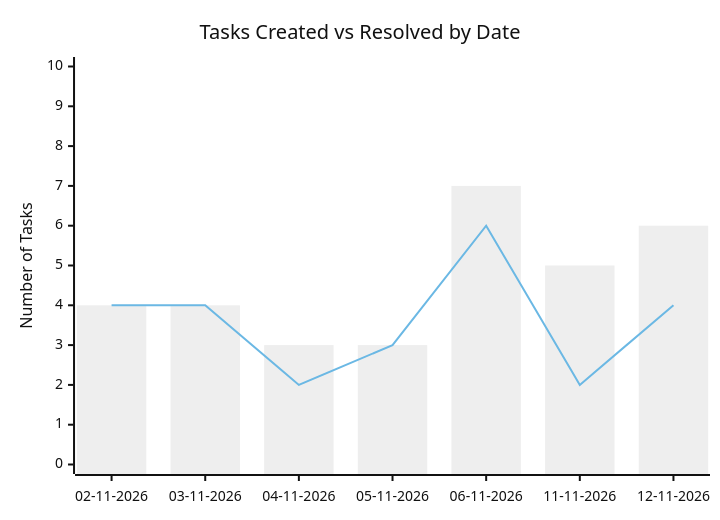
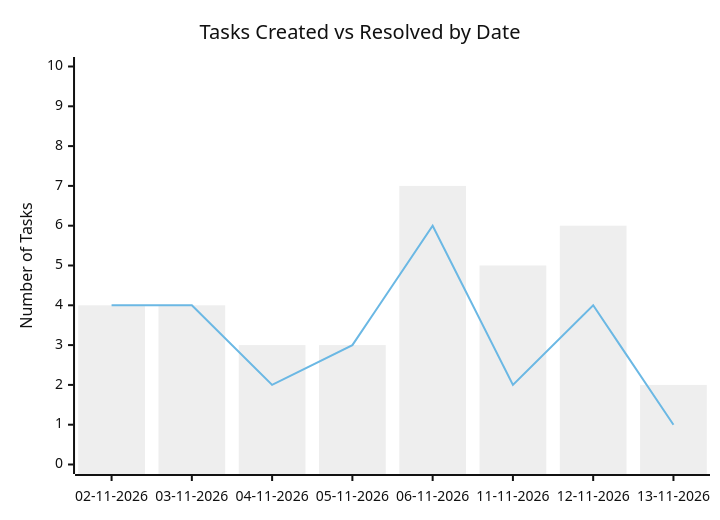
The second of 2 diagrams in Sanchay/Analytics.md (sagarms97/MyWorkDairy), drawn with Mermaid (neutral theme) before and after one commit. The commit also changed other lines of this file and 4 other files, not shown here.

````diff
--- a/Sanchay/Analytics.md
+++ b/Sanchay/Analytics.md
@@ -30,8 +31,8 @@
 ```mermaid
 xychart-beta
     title "Tasks Created vs Resolved by Date"
-    x-axis ["02-11-2026", "03-11-2026", "04-11-2026", "05-11-2026", "06-11-2026", "11-11-2026", "12-11-2026"]
+    x-axis ["02-11-2026", "03-11-2026", "04-11-2026", "05-11-2026", "06-11-2026", "11-11-2026", "12-11-2026", "13-11-2026"]
     y-axis "Number of Tasks" 0 --> 10
-    bar [4, 4, 3, 3, 7, 5, 6]
-    line [4, 4, 2, 3, 6, 2, 4]
+    bar [4, 4, 3, 3, 7, 5, 6, 2]
+    line [4, 4, 2, 3, 6, 2, 4, 1]
 ```
````
